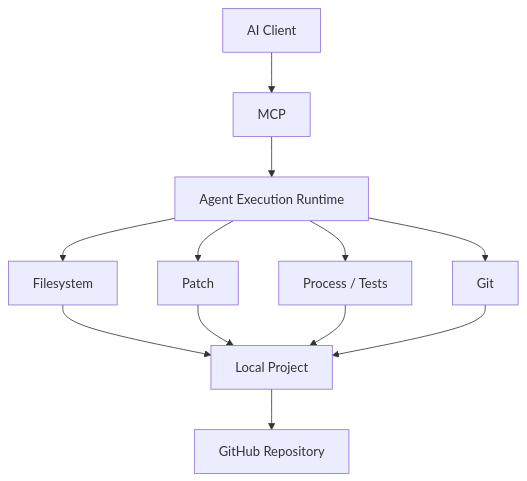
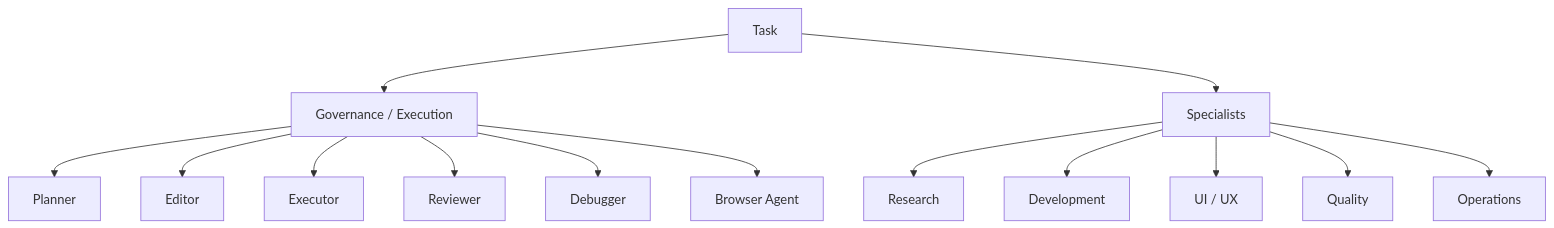
The second of 7 diagrams in README.md (eaglesjo/MultiAgentOS), drawn with Mermaid before and after one commit. The commit also changed other lines of this file, not shown here.

Commit message:
docs: refresh README for 0.5.0 architecture

````diff
--- a/README.md
+++ b/README.md
@@ -58,17 +57,17 @@
-```mermaid
+~~~mermaid
 flowchart TB
-    CLIENT["AI Client"] --> MCP["MCP"]
-    MCP --> RUNTIME["Agent Execution Runtime"]
-
-    RUNTIME --> FS["Filesystem"]
-    RUNTIME --> PATCH["Patch"]
-    RUNTIME --> PROCESS["Process / Tests"]
-    RUNTIME --> GIT["Git"]
-
-    FS --> PROJECT["Local Project"]
-    PATCH --> PROJECT
-    PROCESS --> PROJECT
-    GIT --> PROJECT
-
-    PROJECT --> GH["GitHub Repository"]
-```
+    TASK["Task"]
+    TASK --> GOV["Governance / Execution"]
+    TASK --> SPEC["Specialists"]
+    GOV --> PLAN["Planner"]
+    GOV --> EDIT["Editor"]
+    GOV --> EXEC["Executor"]
+    GOV --> REVIEW["Reviewer"]
+    GOV --> DEBUG["Debugger"]
+    GOV --> BROWSER["Browser Agent"]
+    SPEC --> RESEARCH["Research"]
+    SPEC --> DEVELOPMENT["Development"]
+    SPEC --> UI["UI / UX"]
+    SPEC --> QUALITY["Quality"]
+    SPEC --> OPS["Operations"]
+~~~
````
